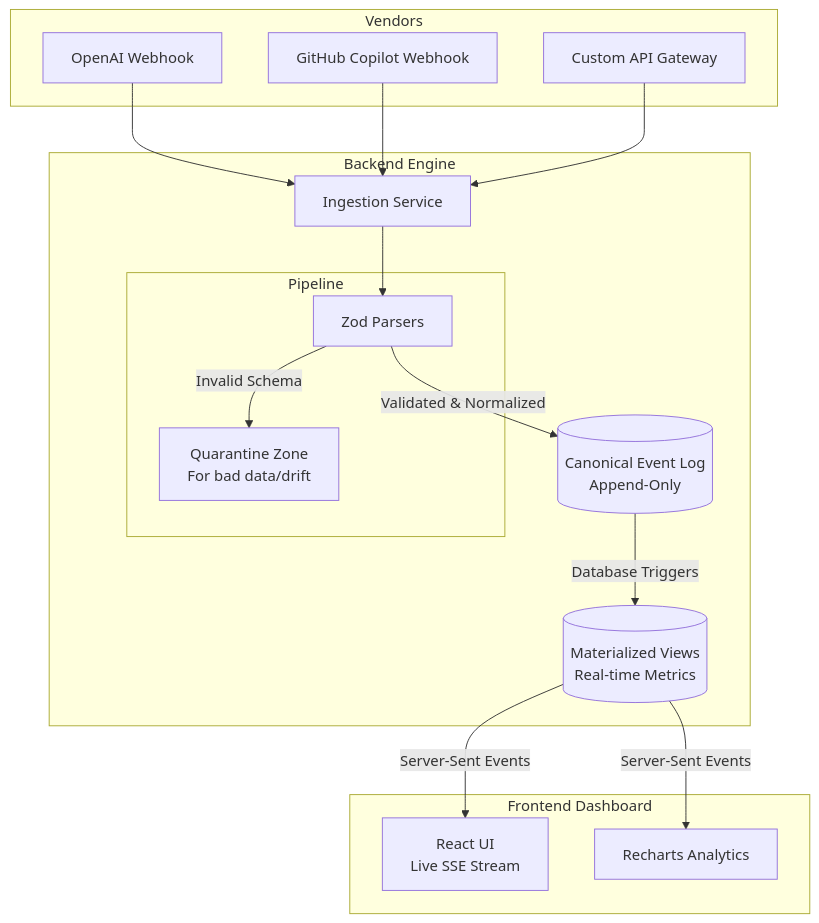
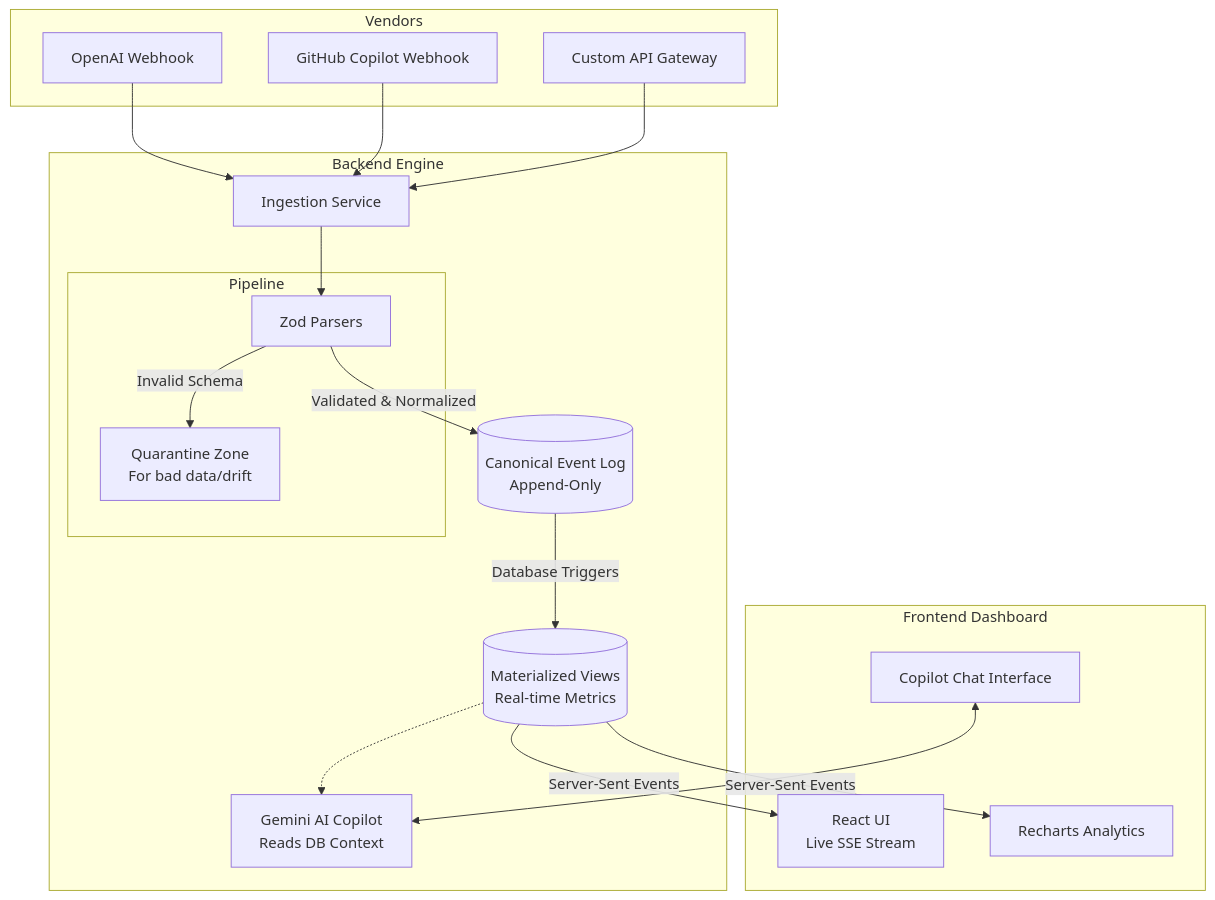
Before and after one commit to AryaAjayan/Eventual-AI: the diagram in README.md, drawn with Mermaid. The commit also changed other lines of this file, not shown here.

````diff
--- a/README.md
+++ b/README.md
@@ -21,37 +42,43 @@
 ```mermaid
 flowchart TD
     subgraph Vendors
         A[OpenAI Webhook]
         B[GitHub Copilot Webhook]
         C[Custom API Gateway]
     end
 
     subgraph Backend Engine
         D[Ingestion Service]
         
         subgraph Pipeline
             E[Zod Parsers]
             F[Quarantine Zone\nFor bad data/drift]
         end
         
         G[(Canonical Event Log\nAppend-Only)]
         H[(Materialized Views\nReal-time Metrics)]
+        
+        K[Gemini AI Copilot\nReads DB Context]
     end
 
     subgraph Frontend Dashboard
         I[React UI\nLive SSE Stream]
         J[Recharts Analytics]
+        L[Copilot Chat Interface]
     end
 
     A --> D
     B --> D
     C --> D
     
     D --> E
     E -- Invalid Schema --> F
     E -- Validated & Normalized --> G
     
     G -- Database Triggers --> H
     H -- Server-Sent Events --> I
     H -- Server-Sent Events --> J
+    
+    H -.-> K
+    L <--> K
 ```
````
